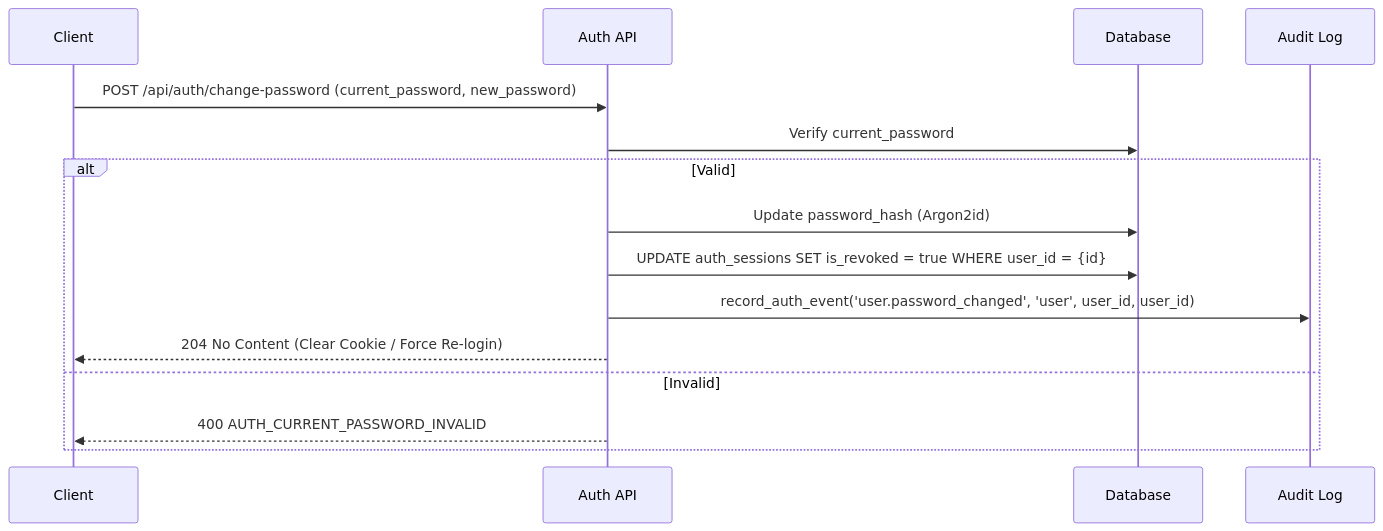
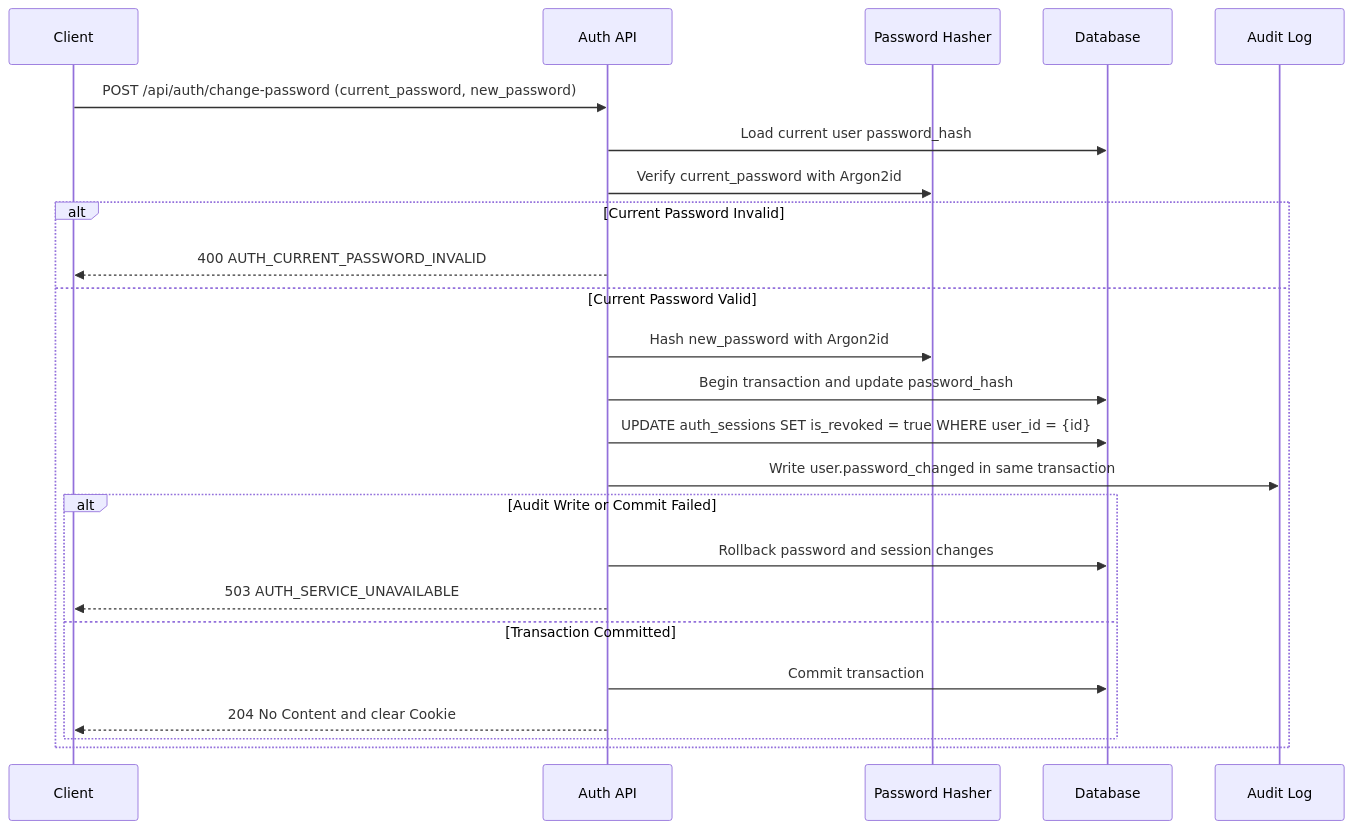
The fifth of 5 diagrams in 02_feature/00_Authentication(Naphat)/03_Component Diagram.md (napgat/NyNetMate-Research), drawn with Mermaid before and after one commit. The commit also changed other lines of this file and 100 other files, not shown here.

````diff
--- a/02_feature/00_Authentication(Naphat)/03_Component Diagram.md
+++ b/02_feature/00_Authentication(Naphat)/03_Component Diagram.md
@@ -111,18 +269,27 @@
 ```mermaid
 sequenceDiagram
     participant C as Client
     participant A as Auth API
+    participant H as Password Hasher
     participant DB as Database
     participant L as Audit Log
 
     C->>A: POST /api/auth/change-password (current_password, new_password)
-    A->>DB: Verify current_password
-    alt Valid
-        A->>DB: Update password_hash (Argon2id)
+    A->>DB: Load current user password_hash
+    A->>H: Verify current_password with Argon2id
+    alt Current Password Invalid
+        A-->>C: 400 AUTH_CURRENT_PASSWORD_INVALID
+    else Current Password Valid
+        A->>H: Hash new_password with Argon2id
+        A->>DB: Begin transaction and update password_hash
         A->>DB: UPDATE auth_sessions SET is_revoked = true WHERE user_id = {id}
-        A->>L: record_auth_event('user.password_changed', 'user', user_id, user_id)
-        A-->>C: 204 No Content (Clear Cookie / Force Re-login)
-    else Invalid
-        A-->>C: 400 AUTH_CURRENT_PASSWORD_INVALID
+        A->>L: Write user.password_changed in same transaction
+        alt Audit Write or Commit Failed
+            A->>DB: Rollback password and session changes
+            A-->>C: 503 AUTH_SERVICE_UNAVAILABLE
+        else Transaction Committed
+            A->>DB: Commit transaction
+            A-->>C: 204 No Content and clear Cookie
+        end
     end
 ```
````
